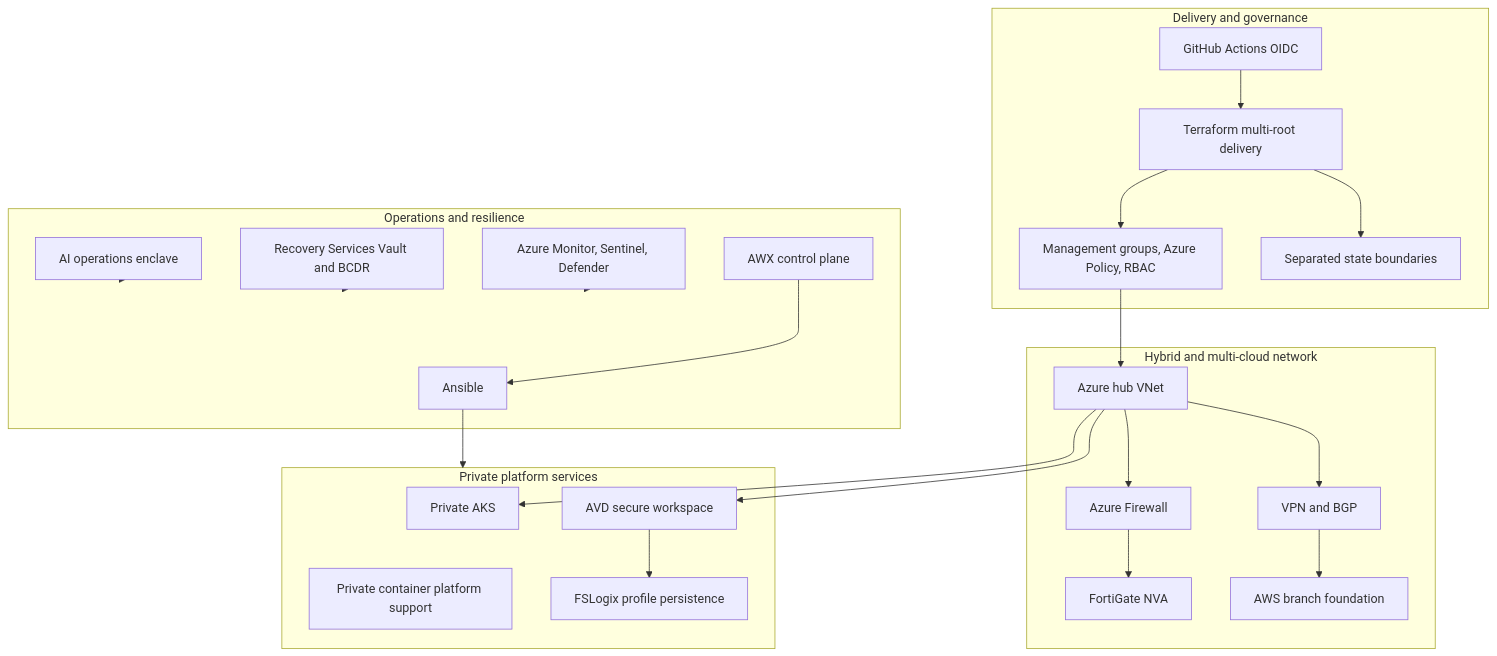
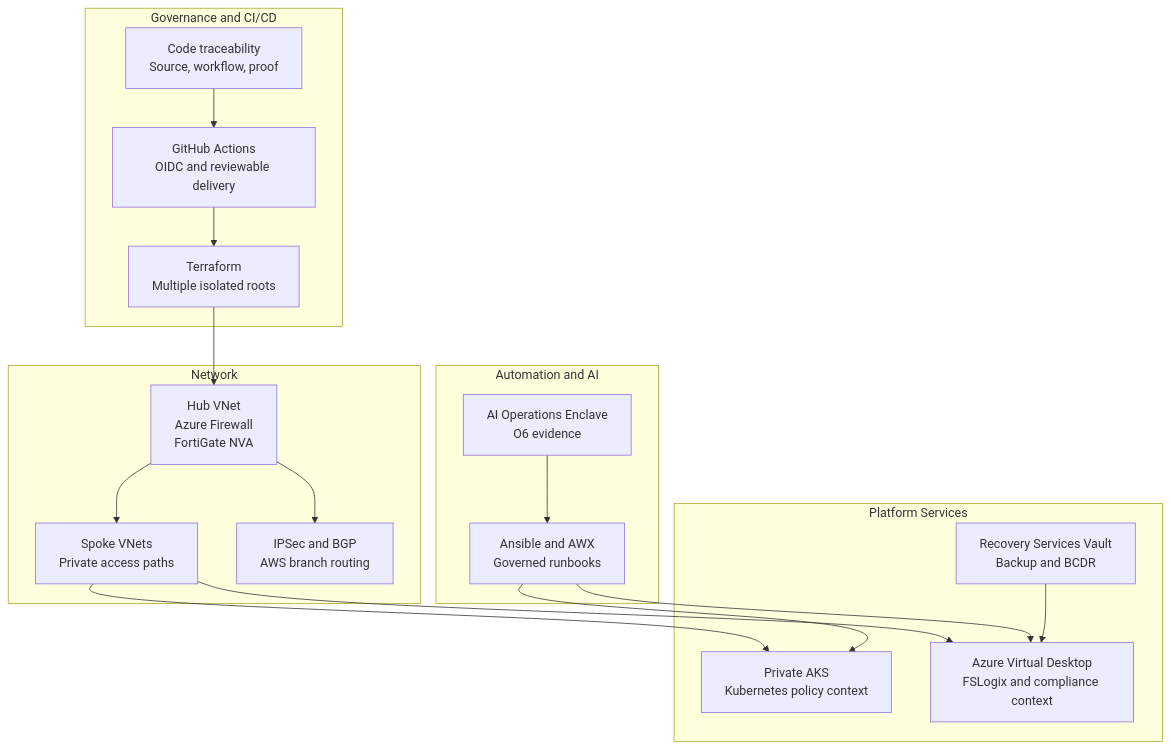
The diagram in site/releases/release2.md (jrikobd-azaws/azawslab-enterprise-hybrid-security), drawn with Mermaid before and after one commit. The commit also changed other lines of this file and 1 other file, not shown here.

````diff
--- a/site/releases/release2.md
+++ b/site/releases/release2.md
@@ -29,49 +29,37 @@
 ```mermaid
 flowchart TD
-    subgraph Delivery["Delivery and governance"]
-        GH["GitHub Actions OIDC"]
-        TF["Terraform multi-root delivery"]
-        GOV["Management groups, Azure Policy, RBAC"]
-        STATE["Separated state boundaries"]
+    subgraph Governance["Governance and CI/CD"]
+        TF["Terraform<br>Multiple isolated roots"]
+        OIDC["GitHub Actions<br>OIDC and reviewable delivery"]
+        Trace["Code traceability<br>Source, workflow, proof"]
     end
 
-    subgraph Network["Hybrid and multi-cloud network"]
-        HUB["Azure hub VNet"]
-        AFW["Azure Firewall"]
-        FGT["FortiGate NVA"]
-        VPN["VPN and BGP"]
-        AWS["AWS branch foundation"]
+    subgraph Network["Network"]
+        Hub["Hub VNet<br>Azure Firewall<br>FortiGate NVA"]
+        Spoke["Spoke VNets<br>Private access paths"]
+        VPN["IPSec and BGP<br>AWS branch routing"]
     end
 
-    subgraph Platform["Private platform services"]
-        AKS["Private AKS"]
-        ACR["Private container platform support"]
-        AVD["AVD secure workspace"]
-        FSLOGIX["FSLogix profile persistence"]
+    subgraph Platform["Platform Services"]
+        AKS["Private AKS<br>Kubernetes policy context"]
+        AVD["Azure Virtual Desktop<br>FSLogix and compliance context"]
+        Backup["Recovery Services Vault<br>Backup and BCDR"]
     end
 
-    subgraph Operations["Operations and resilience"]
-        ANSIBLE["Ansible"]
-        AWX["AWX control plane"]
-        MON["Azure Monitor, Sentinel, Defender"]
-        BCDR["Recovery Services Vault and BCDR"]
-        O6["AI operations enclave"]
+    subgraph Operations["Automation and AI"]
+        AWX["Ansible and AWX<br>Governed runbooks"]
+        AIOps["AI Operations Enclave<br>O6 evidence"]
     end
 
-    GH --> TF
-    TF --> GOV
-    TF --> STATE
-    GOV --> HUB
-    HUB --> AFW
-    AFW --> FGT
-    HUB --> VPN
-    VPN --> AWS
-    HUB --> AKS
-    HUB --> AVD
-    AVD --> FSLOGIX
-    AWX --> ANSIBLE
-    ANSIBLE --> Platform
-    MON --> Operations
-    BCDR --> Operations
-    O6 --> Operations
+    OIDC --> TF
+    TF --> Hub
+    Trace --> OIDC
+    Hub --> Spoke
+    Hub --> VPN
+    Spoke --> AKS
+    Spoke --> AVD
+    AWX --> AKS
+    AWX --> AVD
+    Backup --> AVD
+    AIOps --> AWX
 ```
````
